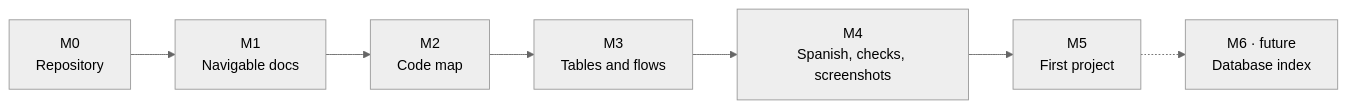
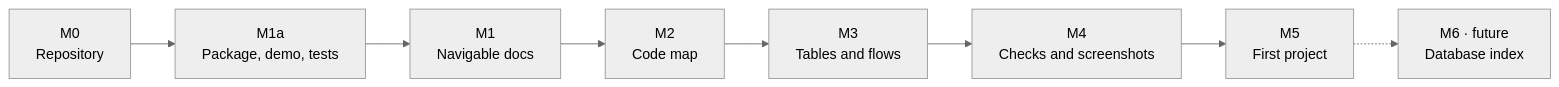
The diagram in docs/PLAN.md (AADigitalBusiness/AAD-docs), drawn with Mermaid (neutral theme) before and after one commit. The commit also changed other lines of this file and 18 other files, not shown here.

````diff
--- a/docs/PLAN.md
+++ b/docs/PLAN.md
@@ -5,9 +5,10 @@
 ```mermaid
 flowchart LR
-    m0["M0<br/>Repository"] --> m1["M1<br/>Navigable docs"]
+    m0["M0<br/>Repository"] --> m1a["M1a<br/>Package, demo, tests"]
+    m1a --> m1["M1<br/>Navigable docs"]
     m1 --> m2["M2<br/>Code map"]
     m2 --> m3["M3<br/>Tables and flows"]
-    m3 --> m4["M4<br/>Spanish, checks, screenshots"]
+    m3 --> m4["M4<br/>Checks and screenshots"]
     m4 --> m5["M5<br/>First project"]
     m5 -.-> m6["M6 · future<br/>Database index"]
 ```
````
